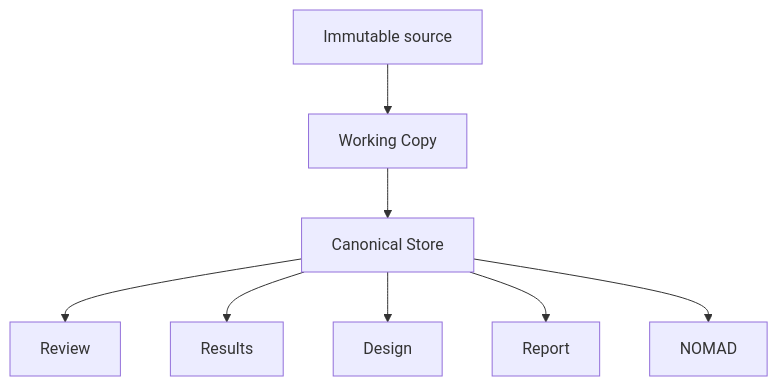
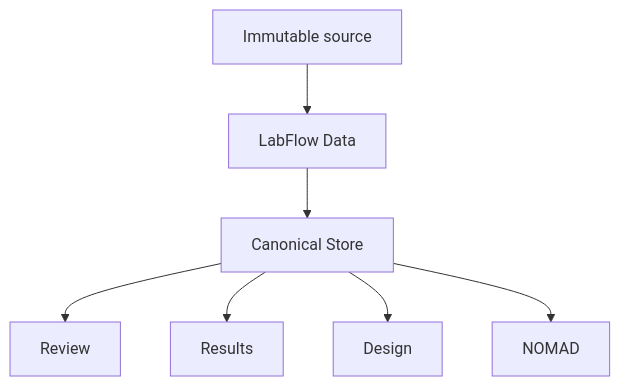
The diagram in docs/guides/RESEARCH_WORKFLOW.md (matginesi/LabFlow), drawn with Mermaid before and after one commit. The commit also changed other lines of this file and 187 other files, not shown here.

````diff
--- a/docs/guides/RESEARCH_WORKFLOW.md
+++ b/docs/guides/RESEARCH_WORKFLOW.md
@@ -22,10 +21,9 @@
 ```mermaid
 flowchart TD
-  SOURCE[Immutable source] --> COPY[Working Copy]
+  SOURCE[Immutable source] --> COPY[LabFlow Data]
   COPY --> CANONICAL[Canonical Store]
   CANONICAL --> REVIEW[Review]
   CANONICAL --> RESULTS[Results]
   CANONICAL --> DESIGN[Design]
-  CANONICAL --> REPORT[Report]
   CANONICAL --> NOMAD[NOMAD]
 ```
````
